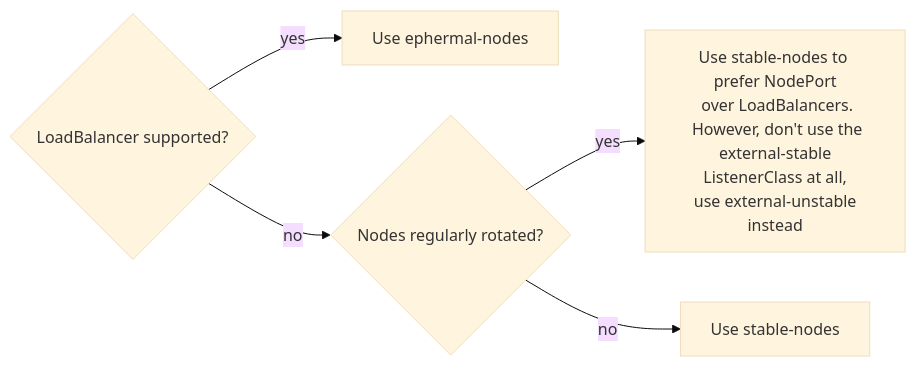
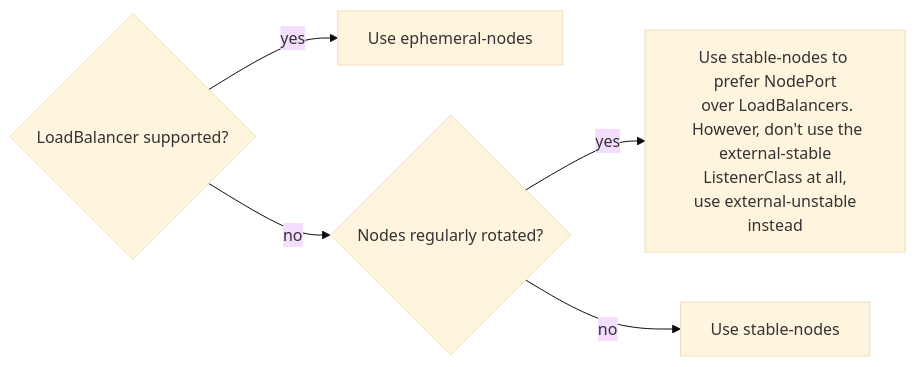
One commit to stackabletech/listener-operator changed the diagram in docs/modules/listener-operator/pages/installation.adoc. Above: the diagram before and after it, drawn with Mermaid (base theme). The commit also changed 3 other files, not shown here.

```diff
--- a/docs/modules/listener-operator/pages/installation.adoc
+++ b/docs/modules/listener-operator/pages/installation.adoc
@@ -32,10 +32,10 @@
 [mermaid, width=100%]
 ....
 flowchart LR
     LB{LoadBalancer supported?}
-    LB -->|yes| ephermal-nodes[Use ephermal-nodes]
+    LB -->|yes| ephemeral-nodes[Use ephemeral-nodes]
     LB -->|no| node-rotation{Nodes regularly rotated?}
 
     node-rotation -->|yes| complicated[Use stable-nodes to prefer NodePort<br> over LoadBalancers.<br> However, don't use the<br> external-stable ListenerClass at all,<br> use external-unstable instead]
     node-rotation -->|no| stable-nodes[Use stable-nodes]
 ....
```
